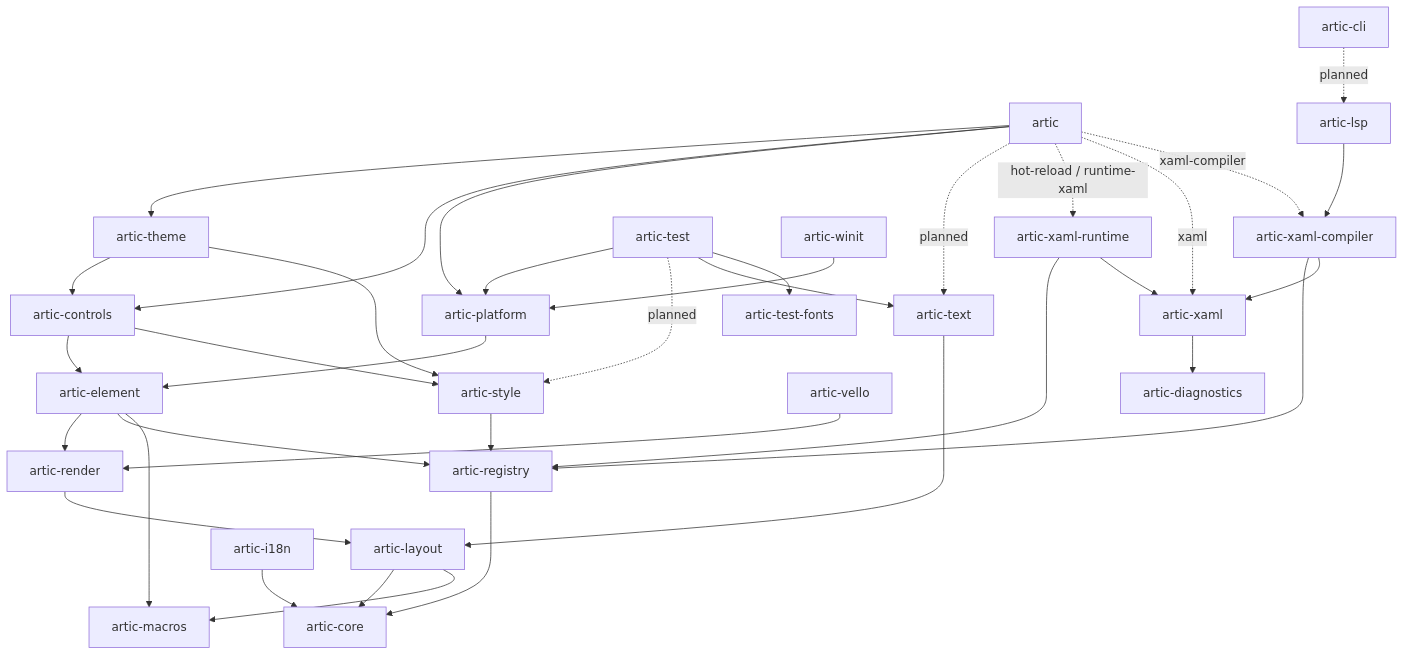
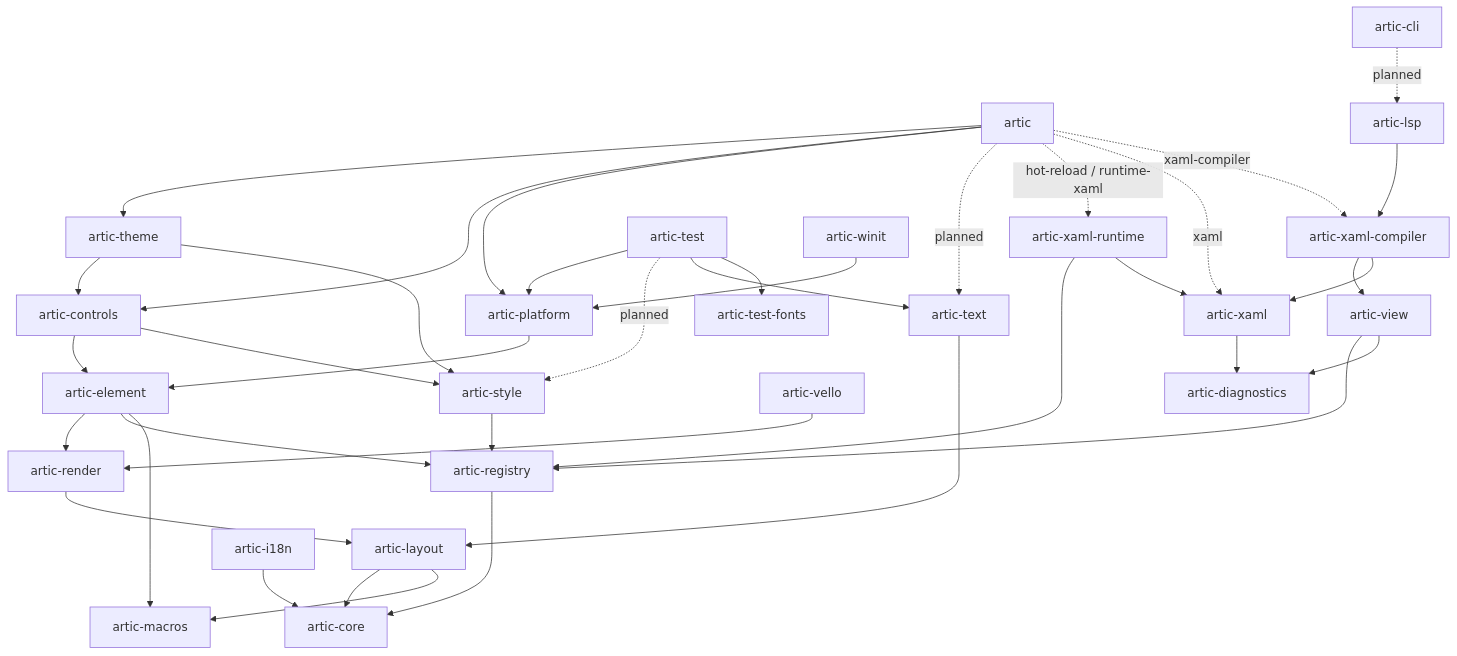
The diagram in docs/architecture.md (wolfware-labs/artic), drawn with Mermaid before and after one commit. The commit also changed other lines of this file and 28 other files, not shown here.

First line of the commit message:
refactor(view): check views in artic-view, beside every UI language (#330)

````diff
--- a/docs/architecture.md
+++ b/docs/architecture.md
@@ -35,47 +35,49 @@
 ```mermaid
 flowchart TD
   artic --> theme[artic-theme]
   artic --> controls[artic-controls]
   artic --> platform[artic-platform]
   artic -. planned .-> text[artic-text]
   artic -. hot-reload / runtime-xaml .-> runtime[artic-xaml-runtime]
   artic -. xaml .-> xaml
   artic -. xaml-compiler .-> compiler
 
   theme --> controls
   theme --> styles[artic-style]
 
   controls --> element[artic-element]
   controls --> styles
 
   platform --> element
 
   element --> render[artic-render]
   element --> registry[artic-registry]
   element --> macros[artic-macros]
 
   test[artic-test] --> platform
   test -. planned .-> styles
   test --> text
   test --> fonts[artic-test-fonts]
 
   winit[artic-winit] --> platform
   vello[artic-vello] --> render
 
   cli[artic-cli] -. planned .-> lsp[artic-lsp]
   lsp --> compiler[artic-xaml-compiler]
 
   render --> layout[artic-layout]
   text --> layout
   styles --> registry
-  compiler --> registry
+  compiler --> view[artic-view]
+  view --> registry
+  view --> diagnostics
   compiler --> xaml[artic-xaml]
   xaml --> diagnostics[artic-diagnostics]
   runtime --> registry
   runtime --> xaml
 
   registry --> core[artic-core]
   layout --> core
   layout --> macros
   i18n[artic-i18n] --> core
 ```
````
